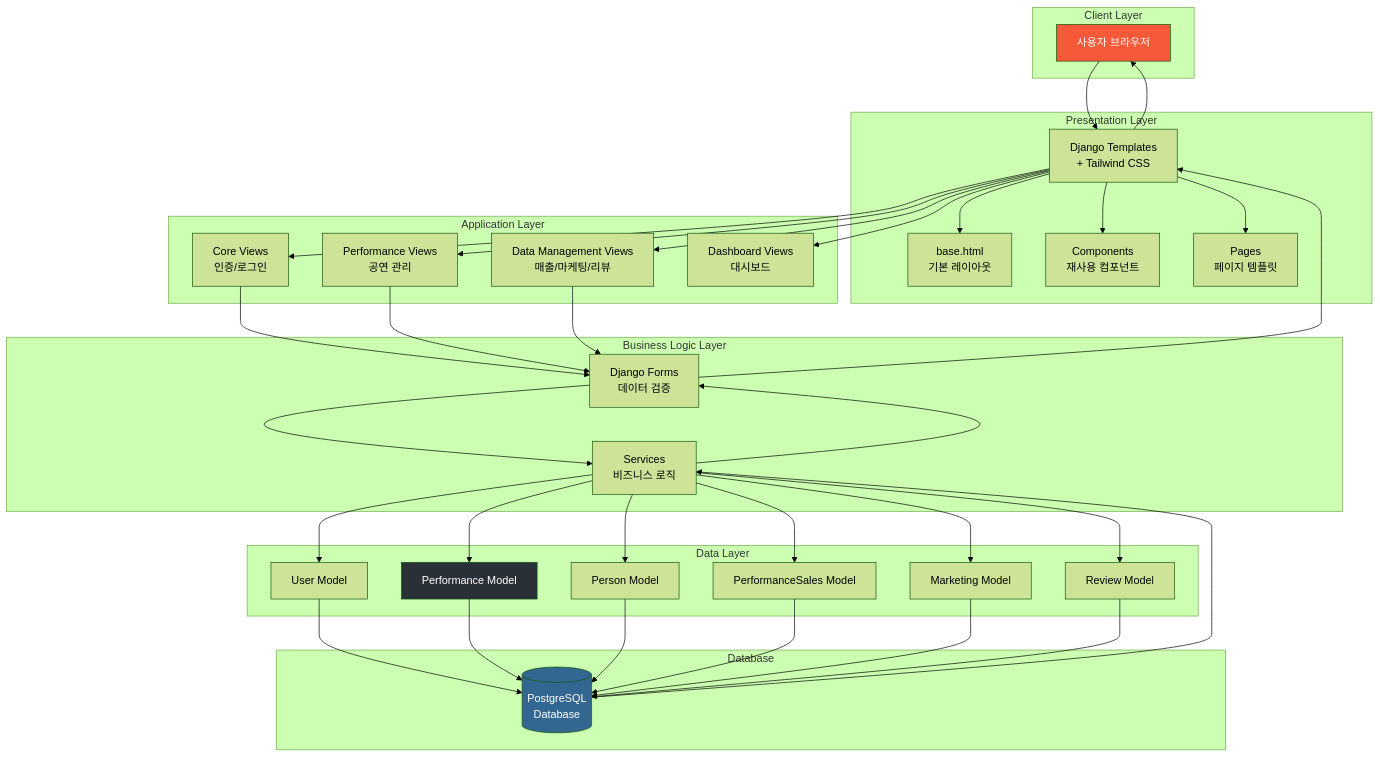
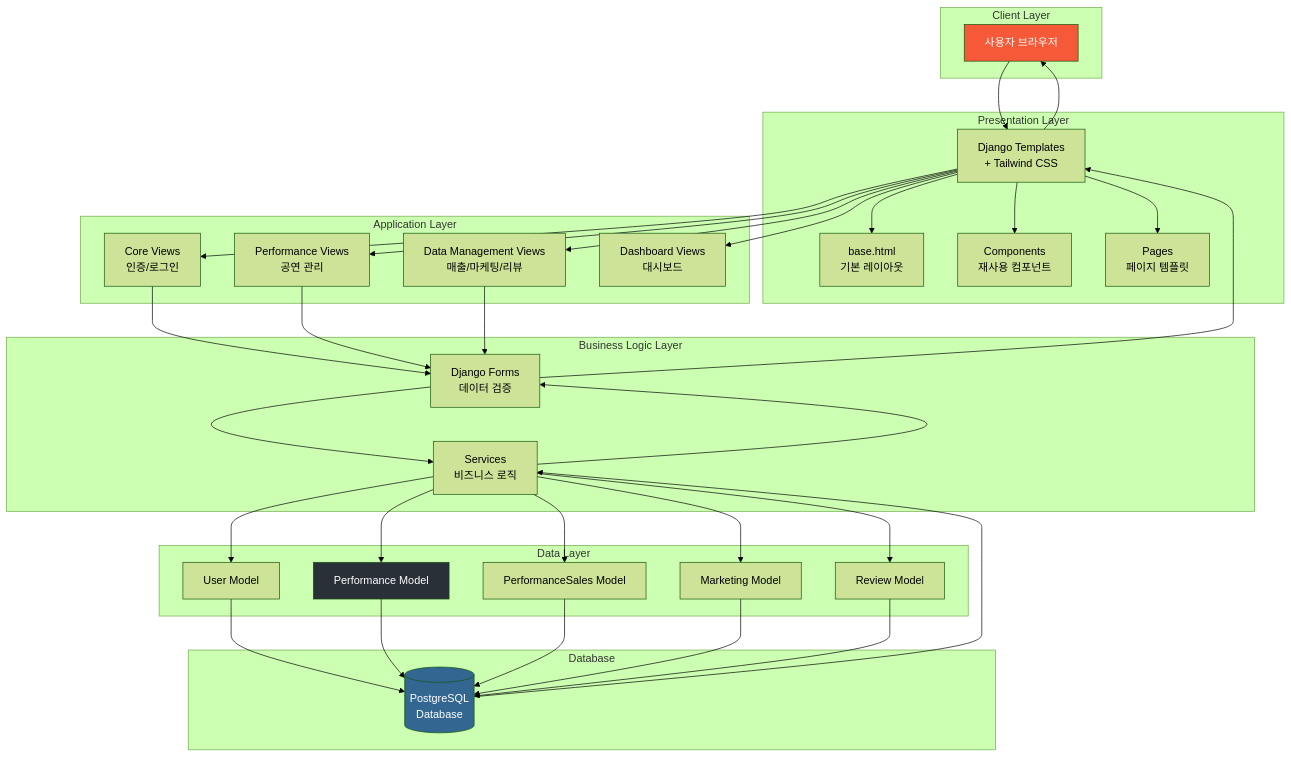
Before and after one commit to jwlee-ticket/library_ai: the first of 4 diagrams in docs/development-guide.md, drawn with Mermaid (forest theme). The commit also changed other lines of this file and 8 other files, not shown here.

````diff
--- a/docs/development-guide.md
+++ b/docs/development-guide.md
@@ -303,76 +302,73 @@
 ```mermaid
 graph TB
     subgraph "Client Layer"
         User[사용자 브라우저]
     end
     
     subgraph "Presentation Layer"
         Templates[Django Templates<br/>+ Tailwind CSS]
         Base[base.html<br/>기본 레이아웃]
         Components[Components<br/>재사용 컴포넌트]
         Pages[Pages<br/>페이지 템플릿]
         
         Templates --> Base
         Templates --> Components
         Templates --> Pages
     end
     
     subgraph "Application Layer"
         CoreViews[Core Views<br/>인증/로그인]
         PerfViews[Performance Views<br/>공연 관리]
         DataViews[Data Management Views<br/>매출/마케팅/리뷰]
         DashViews[Dashboard Views<br/>대시보드]
     end
     
     subgraph "Business Logic Layer"
         Forms[Django Forms<br/>데이터 검증]
         Services[Services<br/>비즈니스 로직]
     end
     
     subgraph "Data Layer"
         UserModel[User Model]
         PerfModel[Performance Model]
-        PersonModel[Person Model]
         SalesModel[PerformanceSales Model]
         MarketingModel[Marketing Model]
         ReviewModel[Review Model]
     end
     
     subgraph "Database"
         PostgreSQL[(PostgreSQL<br/>Database)]
     end
     
     User --> Templates
     Templates --> CoreViews
     Templates --> PerfViews
     Templates --> DataViews
     Templates --> DashViews
     
     CoreViews --> Forms
     PerfViews --> Forms
     DataViews --> Forms
     
     Forms --> Services
     Services --> UserModel
     Services --> PerfModel
-    Services --> PersonModel
     Services --> SalesModel
     Services --> MarketingModel
     Services --> ReviewModel
     
     UserModel --> PostgreSQL
     PerfModel --> PostgreSQL
-    PersonModel --> PostgreSQL
     SalesModel --> PostgreSQL
     MarketingModel --> PostgreSQL
     ReviewModel --> PostgreSQL
     
     PostgreSQL --> Services
     Services --> Forms
     Forms --> Templates
     Templates --> User
     
     style User fill:#f65938,color:#fff
     style PostgreSQL fill:#336791,color:#fff
     style PerfModel fill:#2a3038,color:#fff
 ```
````
